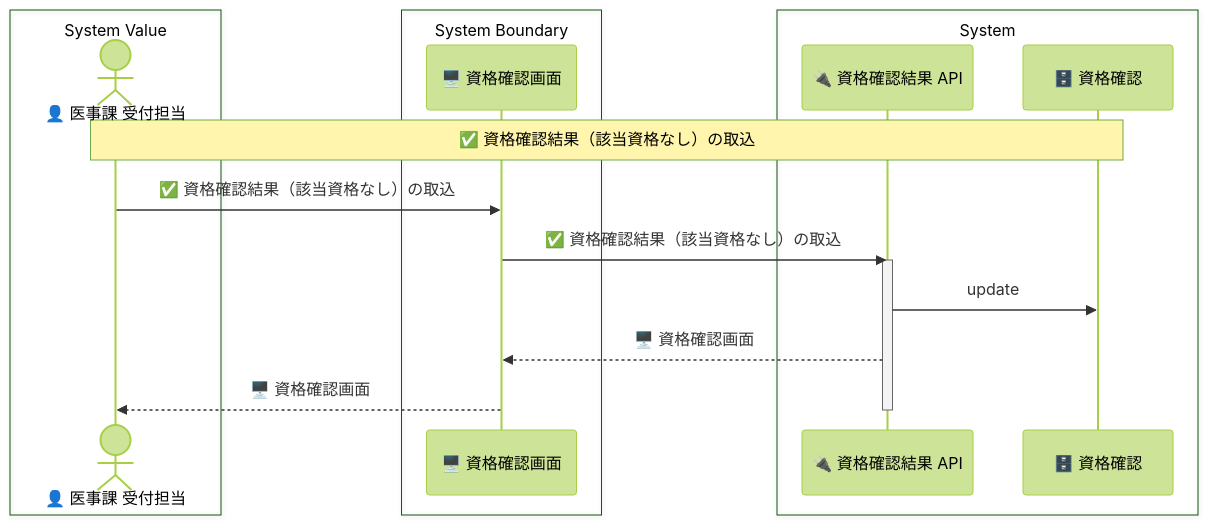
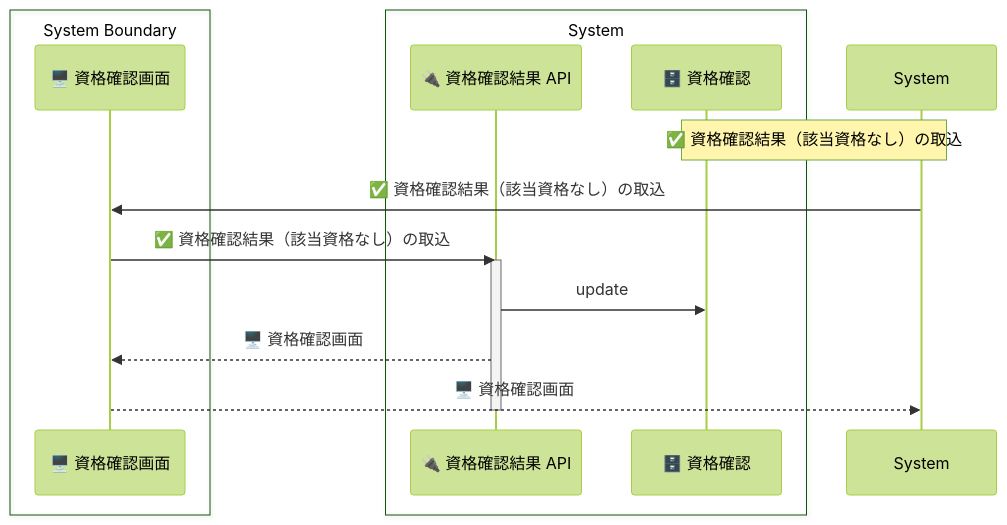
The diagram in samples/clinic-ops/out/uc/sequence_receive_eligibility_no_info.mmd (manji-0/rdra-ish-dsl), drawn with Mermaid (forest theme) before and after one commit. The commit also changed 19 other files, not shown here.

```diff
--- a/samples/clinic-ops/out/uc/sequence_receive_eligibility_no_info.mmd
+++ b/samples/clinic-ops/out/uc/sequence_receive_eligibility_no_info.mmd
@@ -1,20 +1,17 @@
 sequenceDiagram
-  box System Value
-    actor ReceptionClerk as 👤 医事課 受付担当
-  end
   box System Boundary
     participant EligibilityScreen as 🖥️ 資格確認画面
   end
   box System
     participant EligibilityResultApi as 🔌 資格確認結果 API
     participant EligibilityCheck as 🗄️ 資格確認
   end
 
-  Note over ReceptionClerk,EligibilityCheck: ✅ 資格確認結果（該当資格なし）の取込
-  ReceptionClerk->>EligibilityScreen: ✅ 資格確認結果（該当資格なし）の取込
+  Note over System,EligibilityCheck: ✅ 資格確認結果（該当資格なし）の取込
+  System->>EligibilityScreen: ✅ 資格確認結果（該当資格なし）の取込
   EligibilityScreen->>EligibilityResultApi: ✅ 資格確認結果（該当資格なし）の取込
   activate EligibilityResultApi
   EligibilityResultApi->>EligibilityCheck: update
   EligibilityResultApi-->>EligibilityScreen: 🖥️ 資格確認画面
-  EligibilityScreen-->>ReceptionClerk: 🖥️ 資格確認画面
+  EligibilityScreen-->>System: 🖥️ 資格確認画面
   deactivate EligibilityResultApi
```
